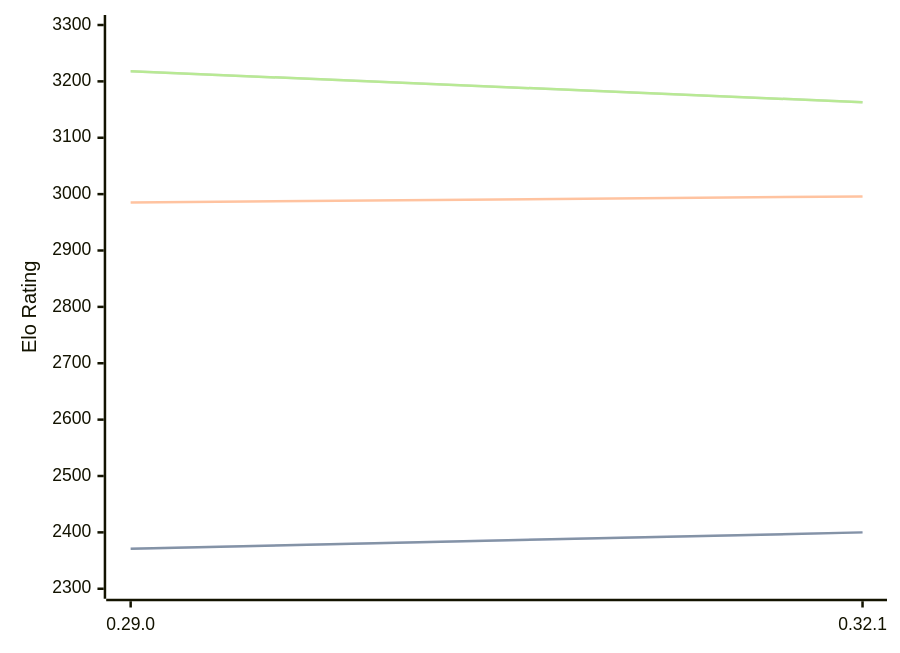
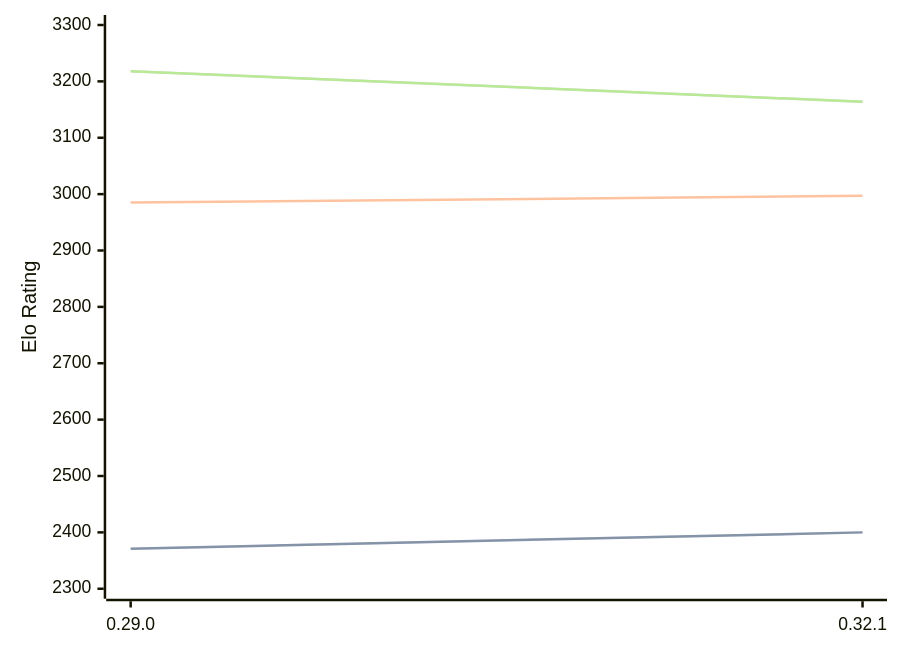
One commit to computer-chess-index/cci changed the first of 3 diagrams in engines/Lc0.md. Above: the diagram before and after it, drawn with Mermaid. The commit also changed other lines of this file, not shown here.

Commit message:
Update CCI Ratings (ELO VLTC) - 2026-07-12

````diff
--- a/engines/Lc0.md
+++ b/engines/Lc0.md
@@ -68,11 +68,11 @@
 ```mermaid
 %%{init: {"theme":"base","themeVariables":{"seriesColors:['#a3a3a3','#222221','#faa371']}}}%%
 xychart-beta
   x-axis ["0.29.0", "0.32.1"]
   y-axis "Elo Rating" 2300 --> 3300
   line "STC (8.0+0.08s)" [2371, 2400]
   line "STC (8.0+0.08s)" [2371, 2400]
-  line "LTC (60.0+0.60s)" [2985, 2996]
-  line "VLTC (2m24s+1.12s)" [3218, 3163]
-  line "VLTC (2m24s+1.12s)" [3218, 3163]
+  line "LTC (60.0+0.60s)" [2985, 2997]
+  line "VLTC (2m24s+1.12s)" [3218, 3164]
+  line "VLTC (2m24s+1.12s)" [3218, 3164]
 ```
````
